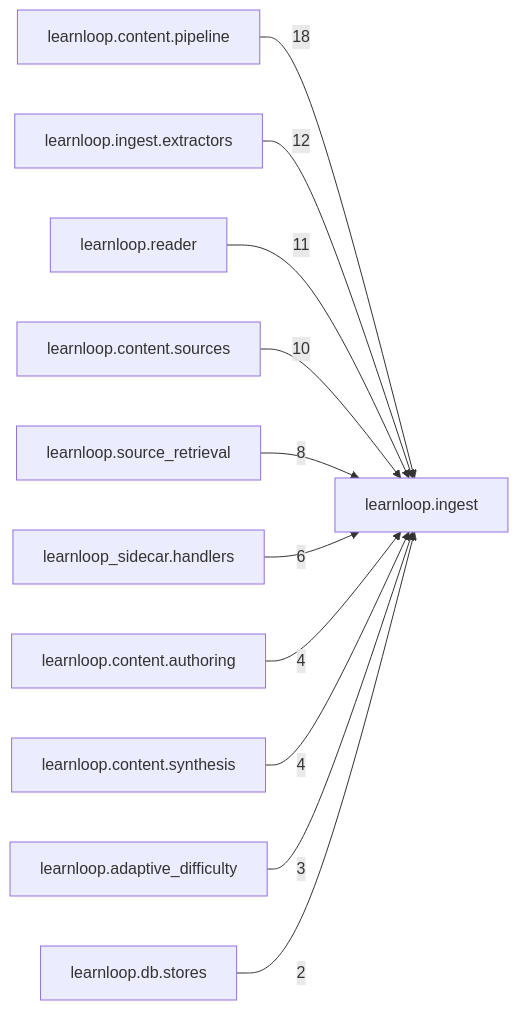
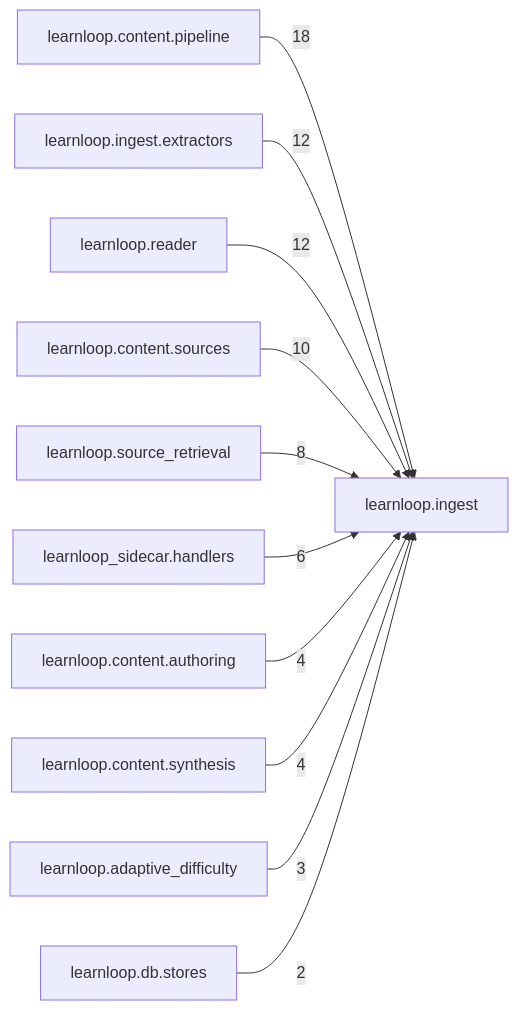
Before and after one commit to 6up-b/learnanything: the diagram in docs/learnloop-architecture-vault/Reference/Modules/learnloop/ingest/_package.md, drawn with Mermaid. The commit also changed other lines of this file and 35 other files, not shown here.

````diff
--- a/docs/learnloop-architecture-vault/Reference/Modules/learnloop/ingest/_package.md
+++ b/docs/learnloop-architecture-vault/Reference/Modules/learnloop/ingest/_package.md
@@ -113,24 +113,24 @@
 ```mermaid
 flowchart LR
     center["learnloop.ingest"]
     n_learnloop_content_pipeline["learnloop.content.pipeline"]
     n_learnloop_ingest_extractors["learnloop.ingest.extractors"]
     n_learnloop_reader["learnloop.reader"]
     n_learnloop_content_sources["learnloop.content.sources"]
     n_learnloop_source_retrieval["learnloop.source_retrieval"]
     n_learnloop_sidecar_handlers["learnloop_sidecar.handlers"]
     n_learnloop_content_authoring["learnloop.content.authoring"]
     n_learnloop_content_synthesis["learnloop.content.synthesis"]
     n_learnloop_adaptive_difficulty["learnloop.adaptive_difficulty"]
     n_learnloop_db_stores["learnloop.db.stores"]
     n_learnloop_content_pipeline -->|18| center
     n_learnloop_ingest_extractors -->|12| center
-    n_learnloop_reader -->|11| center
+    n_learnloop_reader -->|12| center
     n_learnloop_content_sources -->|10| center
     n_learnloop_source_retrieval -->|8| center
     n_learnloop_sidecar_handlers -->|6| center
     n_learnloop_content_authoring -->|4| center
     n_learnloop_content_synthesis -->|4| center
     n_learnloop_adaptive_difficulty -->|3| center
     n_learnloop_db_stores -->|2| center
 ```
````
